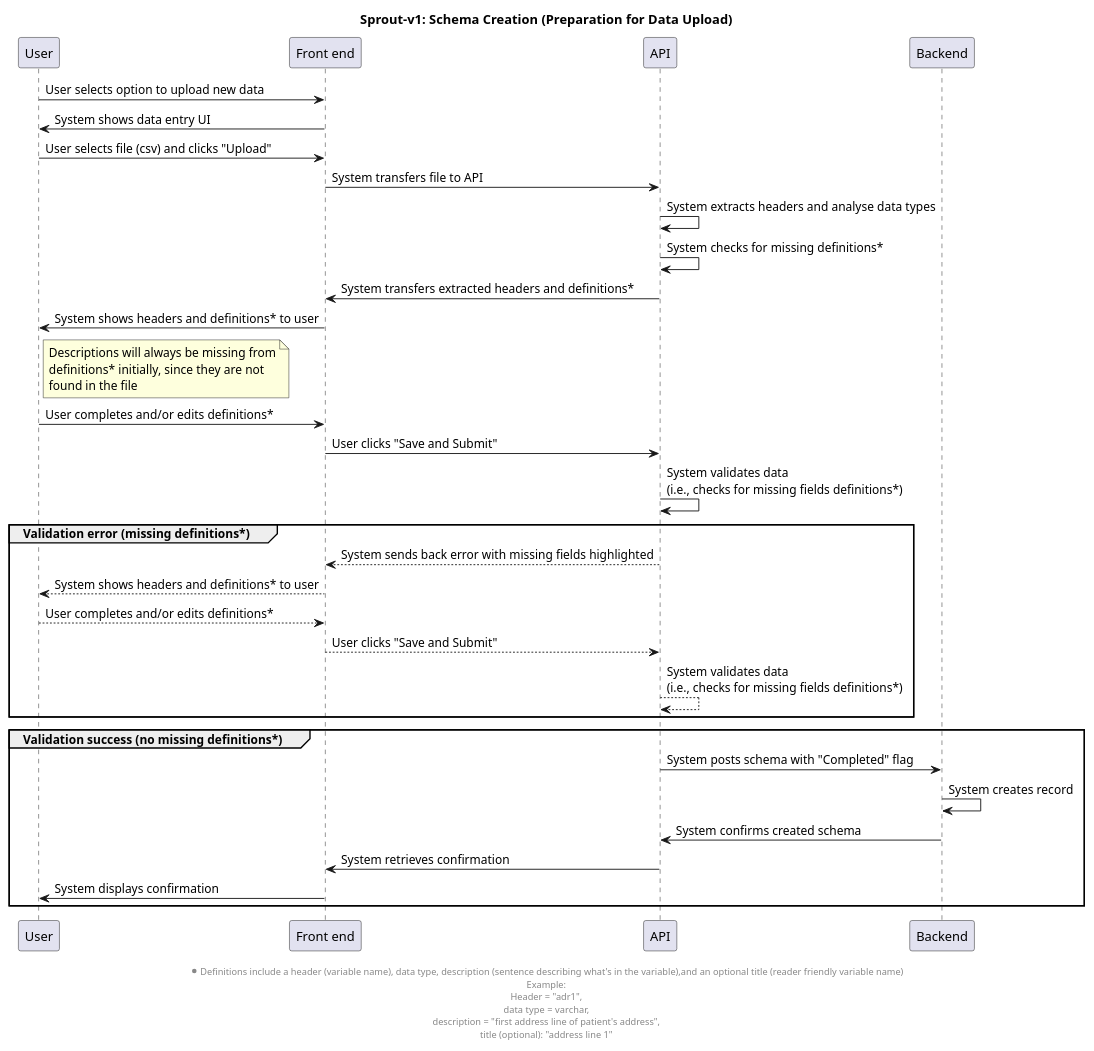
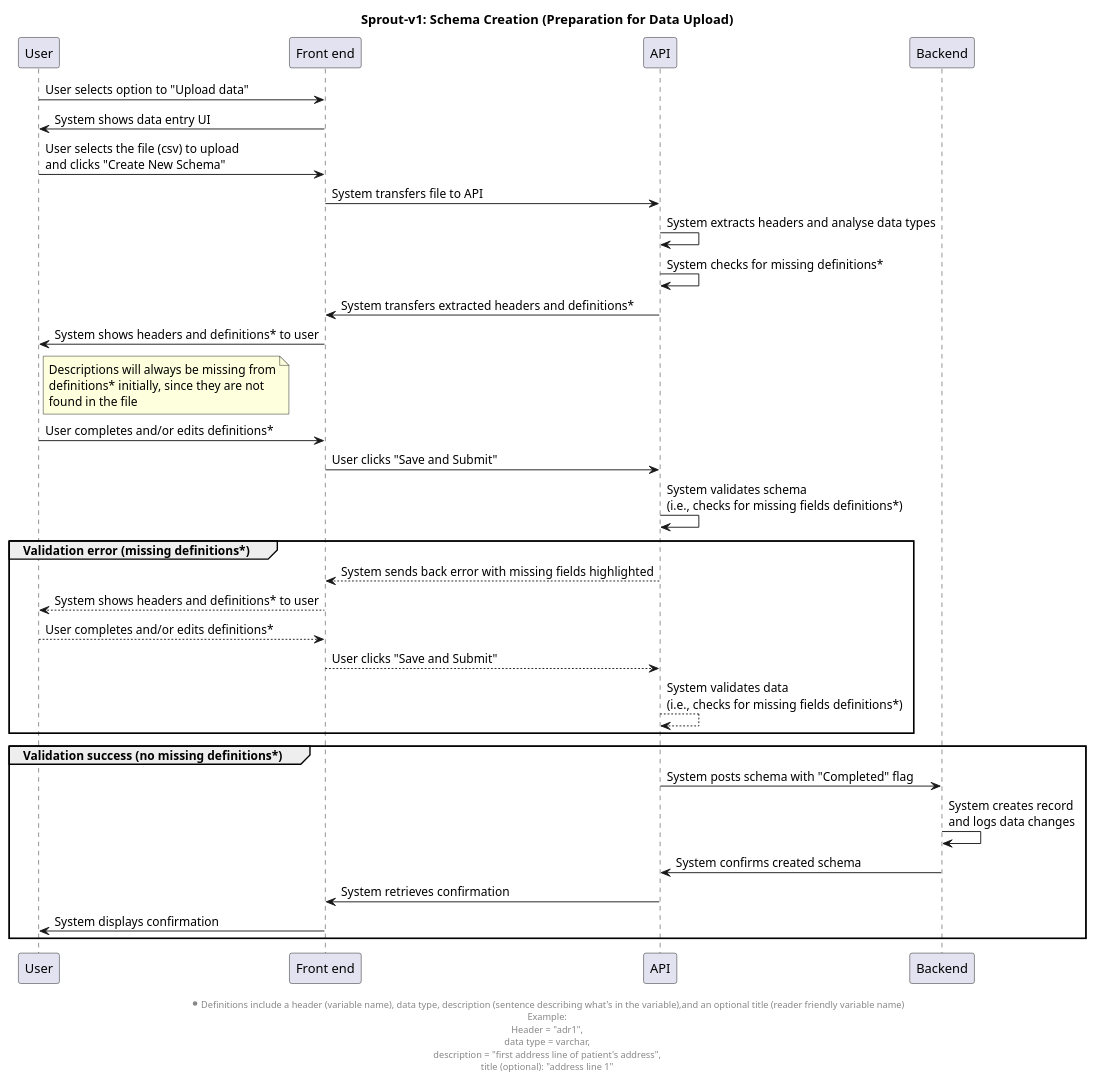
One commit to signekb/seedcase-sprout changed the diagram in docs/design/images/sprout-v1-schema-creation-sequence.puml. Above: the diagram before and after it, drawn with PlantUML. The commit also changed 1 other file, not shown here.

```diff
--- a/docs/design/images/sprout-v1-schema-creation-sequence.puml
+++ b/docs/design/images/sprout-v1-schema-creation-sequence.puml
@@ -1,43 +1,43 @@
 @startuml sprout-v1-schema-creation-sequence
 
 title Sprout-v1: Schema Creation (Preparation for Data Upload)
 ' User prepares to upload data by creating data schema
 
 participant "User" as u
 participant "Front end" as f
 participant "API" as api
 participant "Backend" as b
 
-u -> f: User selects option to upload new data
+u -> f: User selects option to "Upload data"
 f -> u: System shows data entry UI
-u -> f: User selects file (csv) and clicks "Upload"
+u -> f: User selects the file (csv) to upload\nand clicks "Create New Schema"
 f -> api: System transfers file to API
 api -> api: System extracts headers and analyse data types
 api -> api: System checks for missing definitions*
 api -> f: System transfers extracted headers and definitions*
 f -> u: System shows headers and definitions* to user
 note right of u
     Descriptions will always be missing from
     definitions* initially, since they are not
     found in the file
 end note
 u -> f: User completes and/or edits definitions*
 f -> api: User clicks "Save and Submit"
-api -> api: System validates data\n(i.e., checks for missing fields definitions*)
+api -> api: System validates schema\n(i.e., checks for missing fields definitions*)
 group Validation error (missing definitions*)
     api --> f: System sends back error with missing fields highlighted
     f --> u: System shows headers and definitions* to user
     u --> f: User completes and/or edits definitions*
     f --> api: User clicks "Save and Submit"
     api --> api: System validates data\n(i.e., checks for missing fields definitions*)
 end
 group Validation success (no missing definitions*)
     api -> b: System posts schema with "Completed" flag
-    b -> b : System creates record
+    b -> b : System creates record\nand logs data changes
     b -> api: System confirms created schema
     api -> f: System retrieves confirmation
     f -> u: System displays confirmation
 end
 footer \n*Definitions include a header (variable name), data type, description (sentence describing what's in the variable),and an optional title (reader friendly variable name)\nExample:\nHeader = "adr1",\ndata type = varchar,\ndescription = "first address line of patient's address",\ntitle (optional): "address line 1"
 
 @enduml
```
